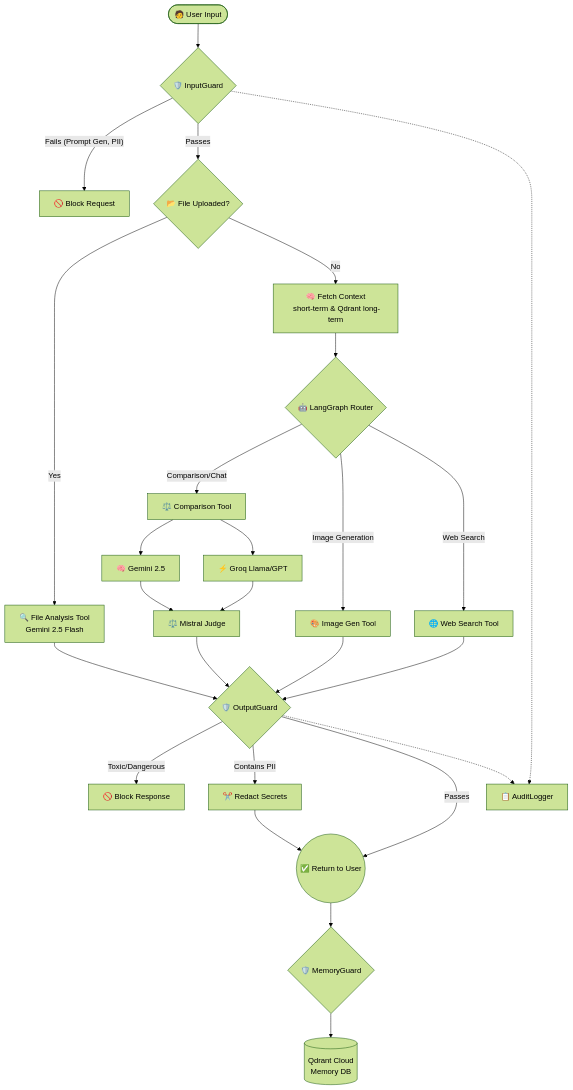
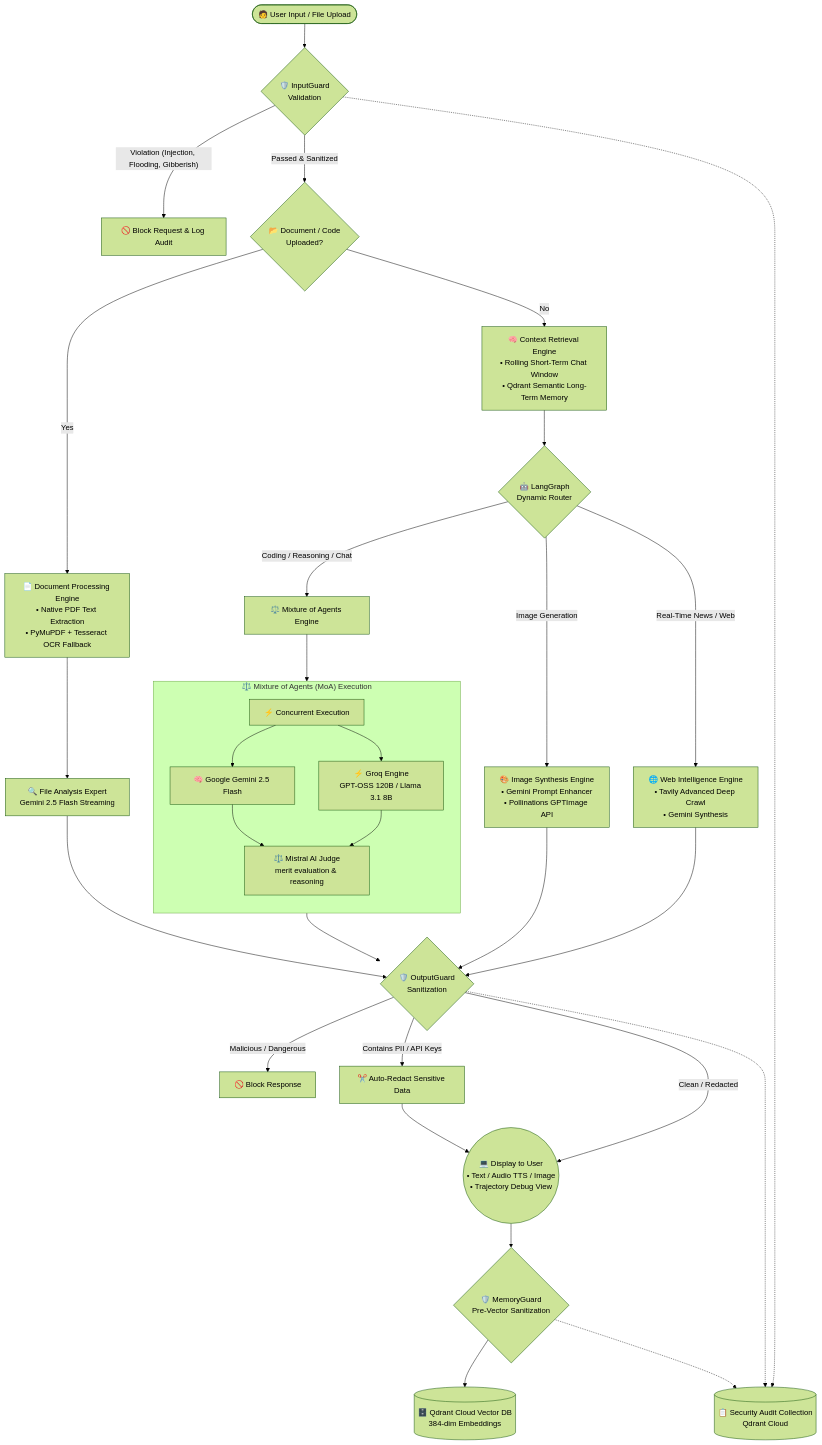
The diagram in README.md (sounakss7/AGENT_MIND), drawn with Mermaid (forest theme) before and after one commit. The commit also changed other lines of this file, not shown here.

Commit message:
docs: overhaul README with architecture, security guardrails, vector memory, and setup details

````diff
--- a/README.md
+++ b/README.md
@@ -19,41 +35,49 @@
 ```mermaid
 flowchart TD
-    User([🧑 User Input]) --> InputGuard{🛡️ InputGuard}
+    User([🧑 User Input / File Upload]) --> InputGuard{🛡️ InputGuard\nValidation}
     
-    %% Security Validation %%
-    InputGuard -- "Fails (Prompt Gen, PII)" --> Block[🚫 Block Request]
-    InputGuard -- "Passes" --> CheckFile{📂 File Uploaded?}
+    %% Input Security Validation %%
+    InputGuard -- "Violation (Injection, Flooding, Gibberish)" --> Block[🚫 Block Request & Log Audit]
+    InputGuard -- "Passed & Sanitized" --> CheckFile{📂 Document / Code\nUploaded?}
     
-    %% Routing logic %%
-    CheckFile -- Yes --> FileTool[🔍 File Analysis Tool\n Gemini 2.5 Flash]
-    CheckFile -- No --> Context[🧠 Fetch Context\n short-term & Qdrant long-term]
+    %% Document Direct Pipeline %%
+    CheckFile -- Yes --> FilePipeline[📄 Document Processing Engine\n• Native PDF Text Extraction\n• PyMuPDF + Tesseract OCR Fallback]
+    FilePipeline --> FileAnalysis[🔍 File Analysis Expert\nGemini 2.5 Flash Streaming]
     
-    Context --> Router{🤖 LangGraph Router}
+    %% LangGraph Agent Pipeline %%
+    CheckFile -- No --> ContextEngine[🧠 Context Retrieval Engine\n• Rolling Short-Term Chat Window\n• Qdrant Semantic Long-Term Memory]
+    ContextEngine --> Router{🤖 LangGraph\nDynamic Router}
     
-    %% Agent Branches %%
-    Router -- "Comparison/Chat" --> Compare[⚖️ Comparison Tool]
-    Router -- "Image Generation" --> Image[🎨 Image Gen Tool]
-    Router -- "Web Search" --> Web[🌐 Web Search Tool]
+    %% Router Branches %%
+    Router -- "Coding / Reasoning / Chat" --> MoABranch[⚖️ Mixture of Agents Engine]
+    Router -- "Image Generation" --> ImageBranch[🎨 Image Synthesis Engine\n• Gemini Prompt Enhancer\n• Pollinations GPTImage API]
+    Router -- "Real-Time News / Web" --> WebBranch[🌐 Web Intelligence Engine\n• Tavily Advanced Deep Crawl\n• Gemini Synthesis]
     
-    %% Compare Tool Details %%
-    Compare --> Gemini[🧠 Gemini 2.5]
-    Compare --> Groq[⚡ Groq Llama/GPT]
-    Gemini & Groq --> Mistral[⚖️ Mistral Judge]
+    %% MoA Sub-Workflow %%
+    subgraph MoA ["⚖️ Mixture of Agents (MoA) Execution"]
+        direction TB
+        ParallelExec[⚡ Concurrent Execution]
+        ParallelExec --> ModelA[🧠 Google Gemini 2.5 Flash]
+        ParallelExec --> ModelB[⚡ Groq Engine\nGPT-OSS 120B / Llama 3.1 8B]
+        ModelA & ModelB --> MistralJudge[⚖️ Mistral AI Judge\nmerit evaluation & reasoning]
+    end
+    MoABranch --> ParallelExec
     
-    %% Gathering Results %%
-    FileTool & Mistral & Image & Web --> OutputGuard{🛡️ OutputGuard}
+    %% Aggregation & Output Guarding %%
+    FileAnalysis & MistralJudge & ImageBranch & WebBranch --> OutputGuard{🛡️ OutputGuard\nSanitization}
     
     %% Output Validation %%
-    OutputGuard -- "Toxic/Dangerous" --> BlockResponse[🚫 Block Response]
-    OutputGuard -- "Contains PII" --> Redact[✂️ Redact Secrets]
-    OutputGuard -- "Passes" --> Result((✅ Return to User))
-    Redact --> Result
+    OutputGuard -- "Malicious / Dangerous" --> BlockResponse[🚫 Block Response]
+    OutputGuard -- "Contains PII / API Keys" --> Redact[✂️ Auto-Redact Sensitive Data]
+    OutputGuard -- "Clean / Redacted" --> UserDisplay((💻 Display to User\n• Text / Audio TTS / Image\n• Trajectory Debug View))
+    Redact --> UserDisplay
     
-    %% Memory Saving %%
-    Result --> MemoryGuard{🛡️ MemoryGuard}
-    MemoryGuard --> SaveVector[(Qdrant Cloud\n Memory DB)]
+    %% Memory Ingestion %%
+    UserDisplay --> MemoryGuard{🛡️ MemoryGuard\nPre-Vector Sanitization}
+    MemoryGuard --> QdrantDB[(🗄️ Qdrant Cloud Vector DB\n384-dim Embeddings)]
     
-    %% Audit %%
-    InputGuard -.-> Audit[📋 AuditLogger]
-    OutputGuard -.-> Audit
+    %% Security Telemetry %%
+    InputGuard -.-> AuditDB[(📋 Security Audit Collection\nQdrant Cloud)]
+    OutputGuard -.-> AuditDB
+    MemoryGuard -.-> AuditDB
 ```
````
